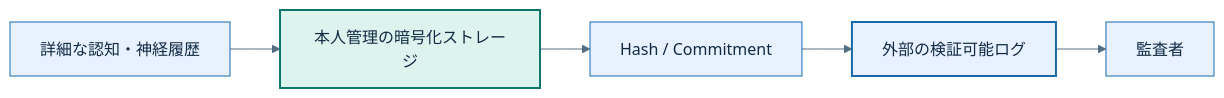
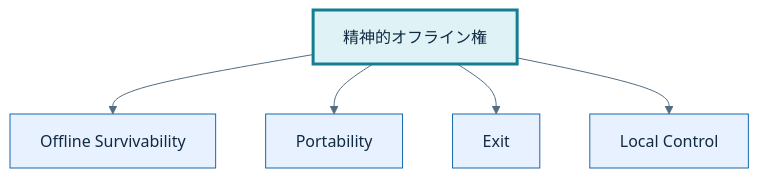
One commit to kukukucode/cogauth changed the fifth of 7 diagrams in README.md. Above: the diagram before and after it, drawn with Mermaid. The commit also changed other lines of this file, not shown here.

````diff
--- a/README.md
+++ b/README.md
@@ -500,27 +445,25 @@
 ```mermaid
 %%{init: {"theme":"base","themeVariables":{
   "background":"#FFFFFF",
   "primaryColor":"#E8F1FF",
   "primaryTextColor":"#102A43",
   "primaryBorderColor":"#1769AA",
   "secondaryColor":"#DDF4EE",
   "tertiaryColor":"#FFF2CC",
   "lineColor":"#526D82",
-  "textColor":"#102A43",
-  "fontFamily":"Arial, sans-serif"
+  "textColor":"#102A43"
 }}}%%
-flowchart LR
-    A[詳細な認知・神経履歴]
-    B[本人管理の暗号化ストレージ]
-    C[Hash / Commitment]
-    D[外部の検証可能ログ]
-    E[監査者]
+flowchart TB
+    F[精神的オフライン権]
+    A[Offline Survivability]
+    B[Portability]
+    C[Exit]
+    D[Local Control]
 
-    A --> B
-    B --> C
-    C --> D
-    D --> E
+    F --> A
+    F --> B
+    F --> C
+    F --> D
 
-    style B fill:#DDF4EE,stroke:#0F766E,stroke-width:2px,color:#102A43
-    style D fill:#E8F1FF,stroke:#1769AA,stroke-width:2px,color:#102A43
+    style F fill:#DFF3F6,stroke:#147D92,stroke-width:3px,color:#102A43
 ```
````
